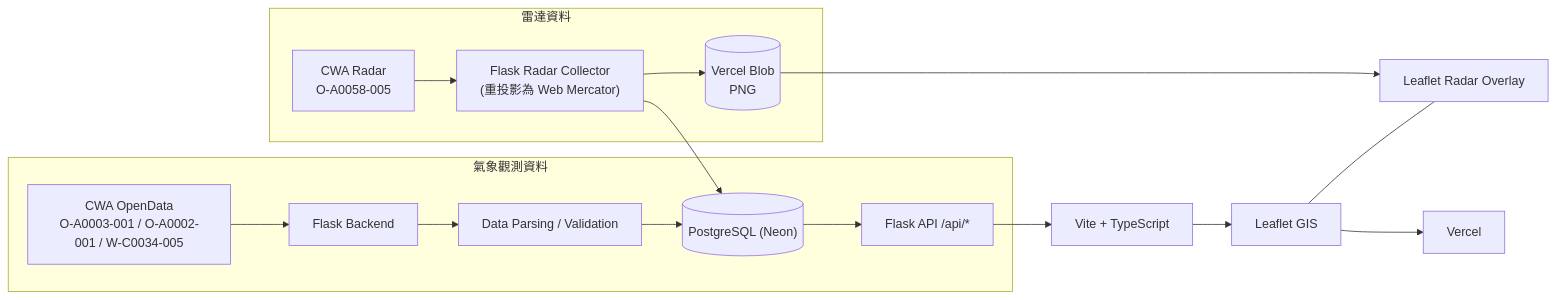
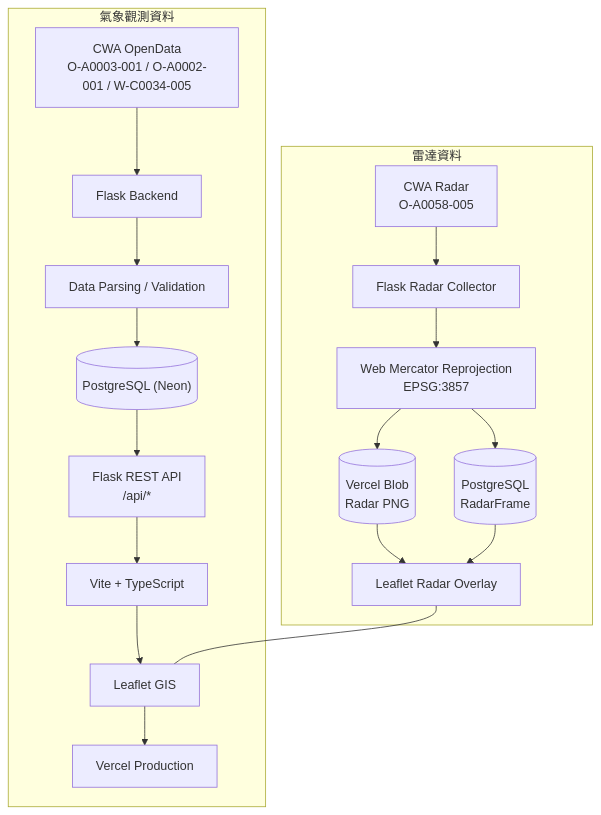
One commit to jua91352/taiwan-climate-gis changed the first of 2 diagrams in README.md. Above: the diagram before and after it, drawn with Mermaid. The commit also changed other lines of this file and 1 other file, not shown here.

````diff
--- a/README.md
+++ b/README.md
@@ -51,23 +76,25 @@
 ```mermaid
-flowchart LR
+flowchart TD
     subgraph Weather["氣象觀測資料"]
         CWA["CWA OpenData<br/>O-A0003-001 / O-A0002-001 / W-C0034-005"]
         --> Flask["Flask Backend"]
         --> Parse["Data Parsing / Validation"]
         --> PG[("PostgreSQL (Neon)")]
-        --> API["Flask API /api/*"]
+        --> API["Flask REST API<br/>/api/*"]
+        --> FE["Vite + TypeScript"]
+        --> Leaflet["Leaflet GIS"]
+        --> Vercel["Vercel Production"]
     end
 
     subgraph Radar["雷達資料"]
         CWARadar["CWA Radar<br/>O-A0058-005"]
-        --> Collector["Flask Radar Collector<br/>(重投影為 Web Mercator)"]
-        --> Blob[("Vercel Blob<br/>PNG")]
-        Collector --> PG
+        --> Collector["Flask Radar Collector"]
+        --> Reproject["Web Mercator Reprojection<br/>EPSG:3857"]
+        Reproject --> Blob[("Vercel Blob<br/>Radar PNG")]
+        Reproject --> RF[("PostgreSQL<br/>RadarFrame")]
+        Blob --> Overlay["Leaflet Radar Overlay"]
+        RF --> Overlay
     end
 
-    API --> FE["Vite + TypeScript"]
-    FE --> Leaflet["Leaflet GIS"]
-    Blob --> Overlay["Leaflet Radar Overlay"]
-    Leaflet --- Overlay
-    Leaflet --> Vercel["Vercel"]
+    Overlay --- Leaflet
 ```
````
